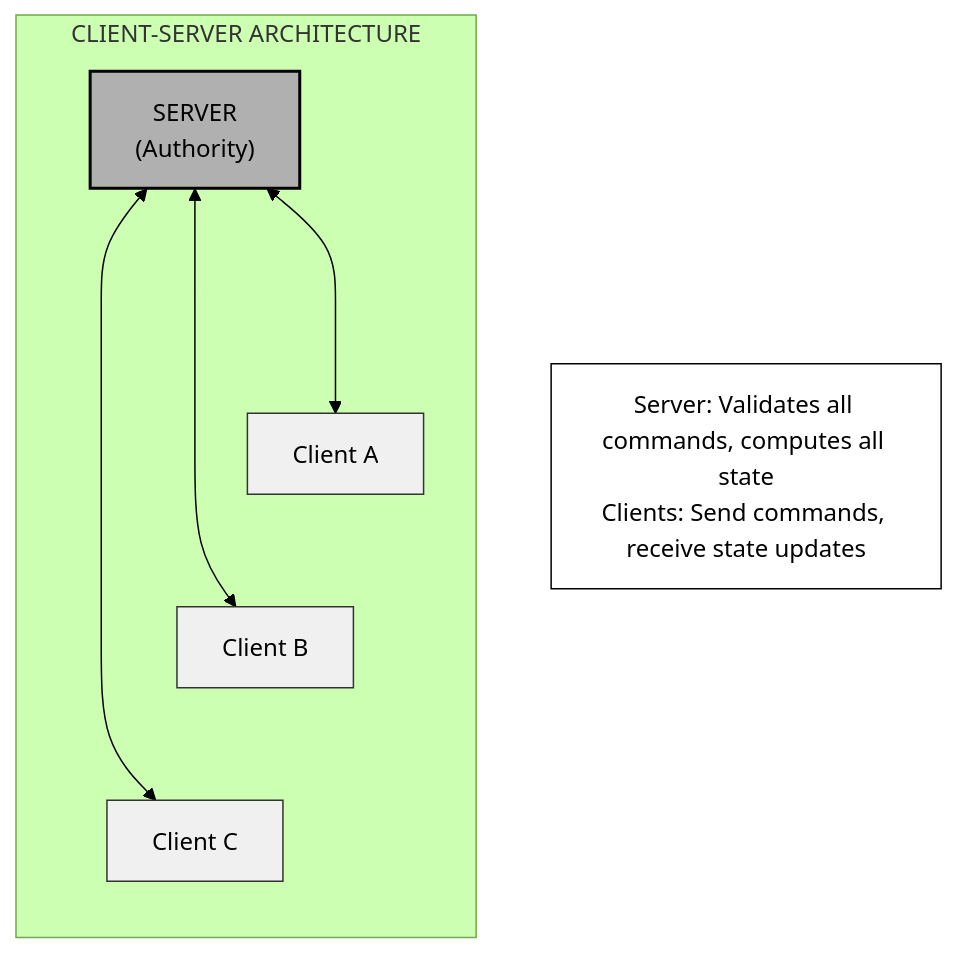
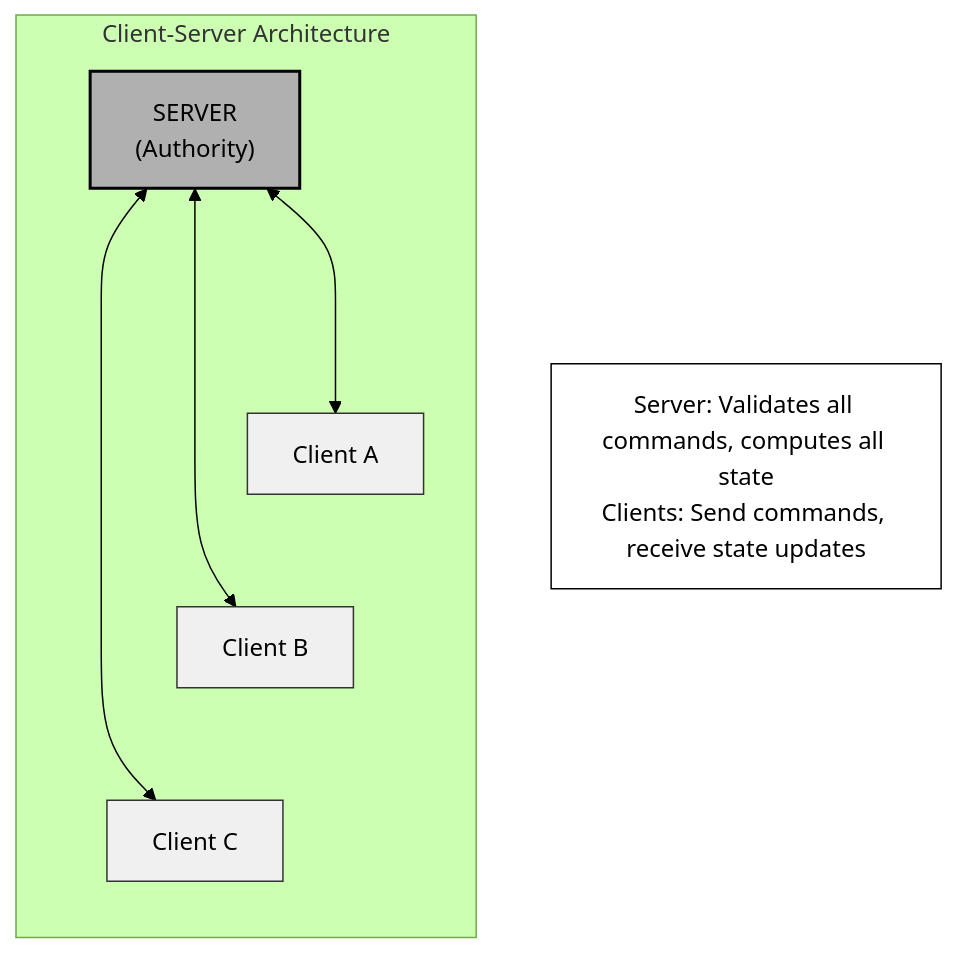
One commit to jukofyork/close-combat-architecture-study changed the second of 7 diagrams in chapter_15_multiplayer.md. Above: the diagram before and after it, drawn with Mermaid (forest theme). The commit also changed other lines of this file and 5 other files, not shown here.

````diff
--- a/chapter_15_multiplayer.md
+++ b/chapter_15_multiplayer.md
@@ -435,28 +435,28 @@
 ```mermaid
 flowchart TB
     classDef default fill:#fff,stroke:#000,stroke-width:1px,color:#000
     classDef light fill:#f0f0f0,stroke:#333,stroke-width:1px,color:#000
     classDef medium fill:#d0d0d0,stroke:#333,stroke-width:1px,color:#000
     classDef dark fill:#b0b0b0,stroke:#000,stroke-width:2px,color:#000
 
-    subgraph CS["CLIENT-SERVER ARCHITECTURE"]
+    subgraph CS["Client-Server Architecture"]
         direction TB
 
         Server["SERVER\n(Authority)"]
 
         ClientA["Client A"]
         ClientB["Client B"]
         ClientC["Client C"]
 
         Server <---> ClientA
         Server <---> ClientB
         Server <---> ClientC
 
         ClientA ~~~ ClientB ~~~ ClientC
     end
 
     Note["Server: Validates all commands, computes all state\nClients: Send commands, receive state updates"]
 
     class Server dark
     class ClientA,ClientB,ClientC light
 ```
````
